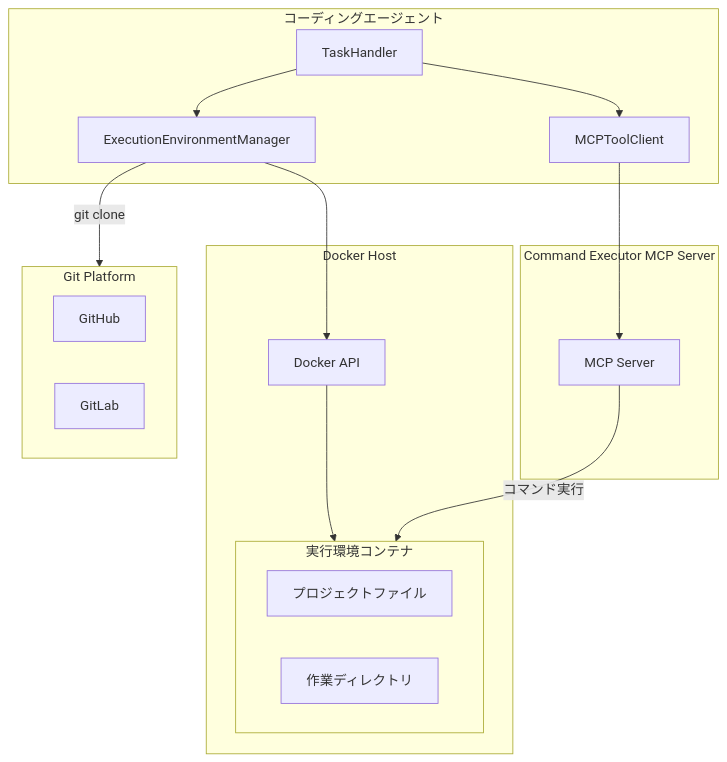
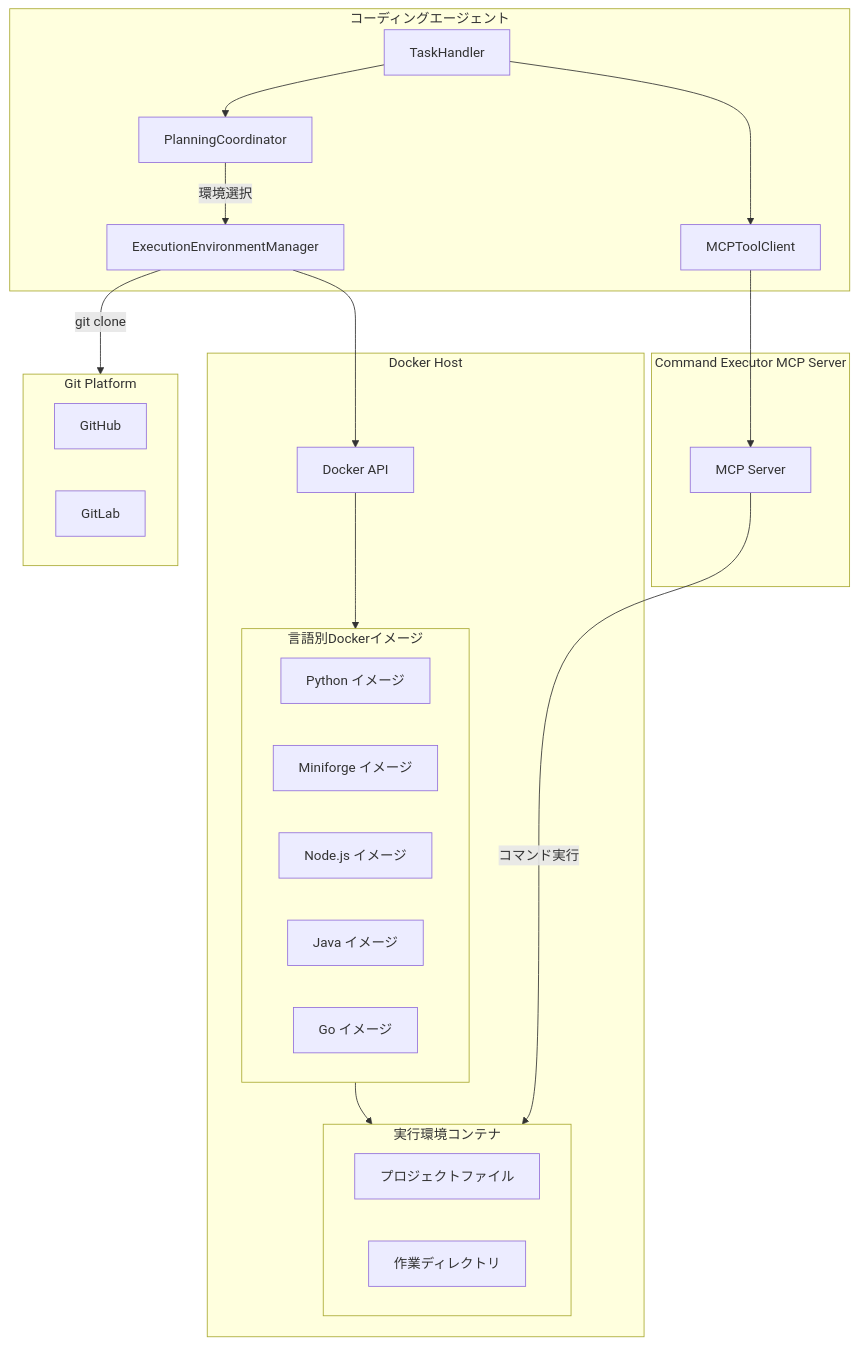
One commit to notfolder/coding_agent changed the first of 8 diagrams in docs/spec/COMMAND_EXECUTOR_MCP_SPECIFICATION.md. Above: the diagram before and after it, drawn with Mermaid. The commit also changed other lines of this file and 1 other file, not shown here.

First line of the commit message:
Add multi-language Docker execution environment with planning-phase selection (#109)

````diff
--- a/docs/spec/COMMAND_EXECUTOR_MCP_SPECIFICATION.md
+++ b/docs/spec/COMMAND_EXECUTOR_MCP_SPECIFICATION.md
@@ -39,33 +42,43 @@
 ```mermaid
 flowchart TD
     subgraph CodingAgent[コーディングエージェント]
         TaskHandler[TaskHandler]
+        PlanningCoordinator[PlanningCoordinator]
         MCPClient[MCPToolClient]
         ExecutionManager[ExecutionEnvironmentManager]
     end
     
     subgraph CommandExecutor[Command Executor MCP Server]
         CommandMCP[MCP Server]
     end
     
     subgraph DockerHost[Docker Host]
         DockerAPI[Docker API]
+        subgraph DockerImages[言語別Dockerイメージ]
+            ImgPython[Python イメージ]
+            ImgMiniforge[Miniforge イメージ]
+            ImgNode[Node.js イメージ]
+            ImgJava[Java イメージ]
+            ImgGo[Go イメージ]
+        end
         subgraph ExecutionContainer[実行環境コンテナ]
             ProjectFiles[プロジェクトファイル]
             WorkDir[作業ディレクトリ]
         end
     end
     
     subgraph GitPlatform[Git Platform]
         GitHub[GitHub]
         GitLab[GitLab]
     end
     
+    TaskHandler --> PlanningCoordinator
+    PlanningCoordinator -->|環境選択| ExecutionManager
     TaskHandler --> MCPClient
     MCPClient --> CommandMCP
-    TaskHandler --> ExecutionManager
     ExecutionManager --> DockerAPI
-    DockerAPI --> ExecutionContainer
+    DockerAPI --> DockerImages
+    DockerImages --> ExecutionContainer
     ExecutionManager -->|git clone| GitPlatform
     CommandMCP -->|コマンド実行| ExecutionContainer
 ```
````
